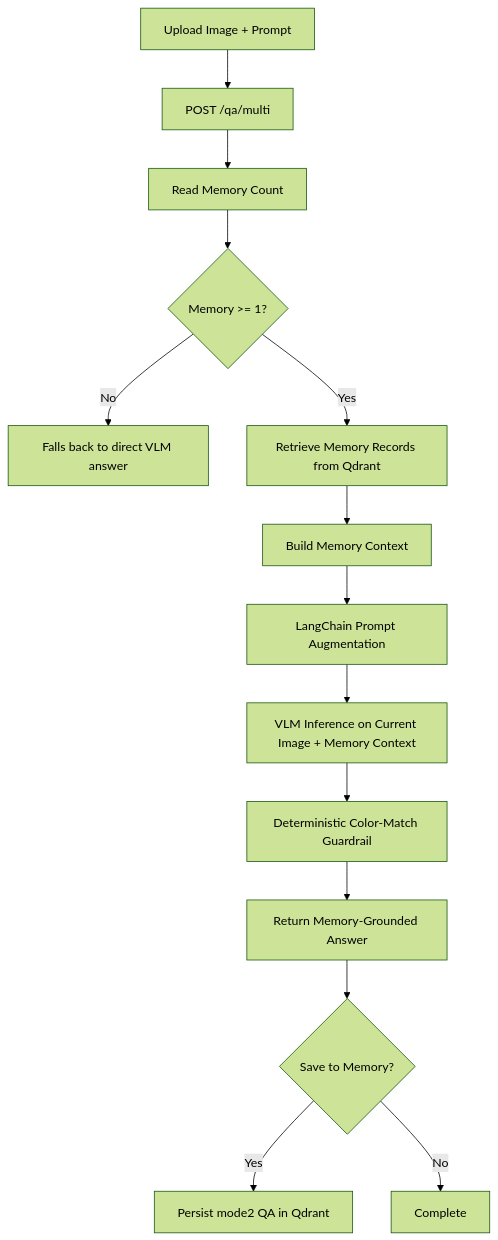
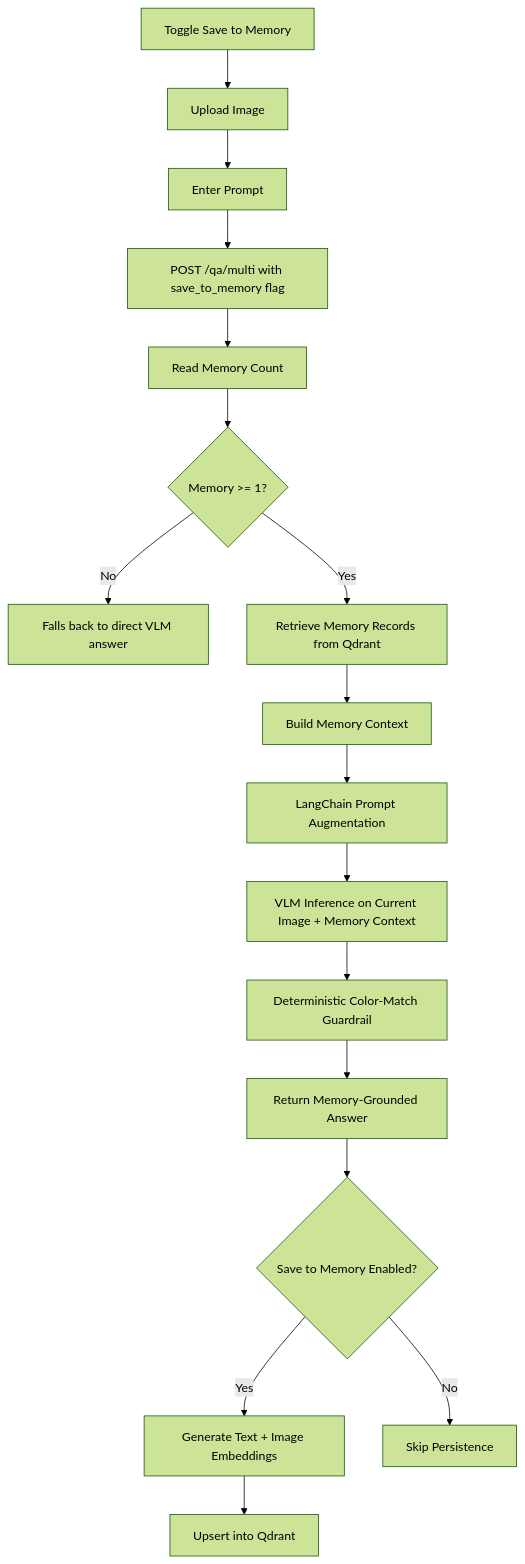
The third of 3 diagrams in README.md (seth-woo/mkrs-optional-memory), drawn with Mermaid (forest theme) before and after one commit. The commit also changed other lines of this file, not shown here.

````diff
--- a/README.md
+++ b/README.md
@@ -99,16 +101,19 @@
 ```mermaid
 flowchart TD
-    U[Upload Image + Prompt] --> M[POST /qa/multi]
+    T[Toggle Save to Memory] --> U1[Upload Image]
+    U1 --> U2[Enter Prompt]
+    U2 --> M[POST /qa/multi with save_to_memory flag]
     M --> C[Read Memory Count]
     C --> H{Memory >= 1?}
     H -- No --> V1[Falls back to direct VLM answer]
     H -- Yes --> R1[Retrieve Memory Records from Qdrant]
     R1 --> P[Build Memory Context]
     P --> L[LangChain Prompt Augmentation]
     L --> V2[VLM Inference on Current Image + Memory Context]
     V2 --> G[Deterministic Color-Match Guardrail]
     G --> O[Return Memory-Grounded Answer]
-    O --> S{Save to Memory?}
-    S -- Yes --> Q[Persist mode2 QA in Qdrant]
-    S -- No --> Z[Complete]
+    O --> D{Save to Memory Enabled?}
+    D -- Yes --> Q[Generate Text + Image Embeddings]
+    Q --> EM[Upsert into Qdrant]
+    D -- No --> Z[Skip Persistence]
 ```
````
